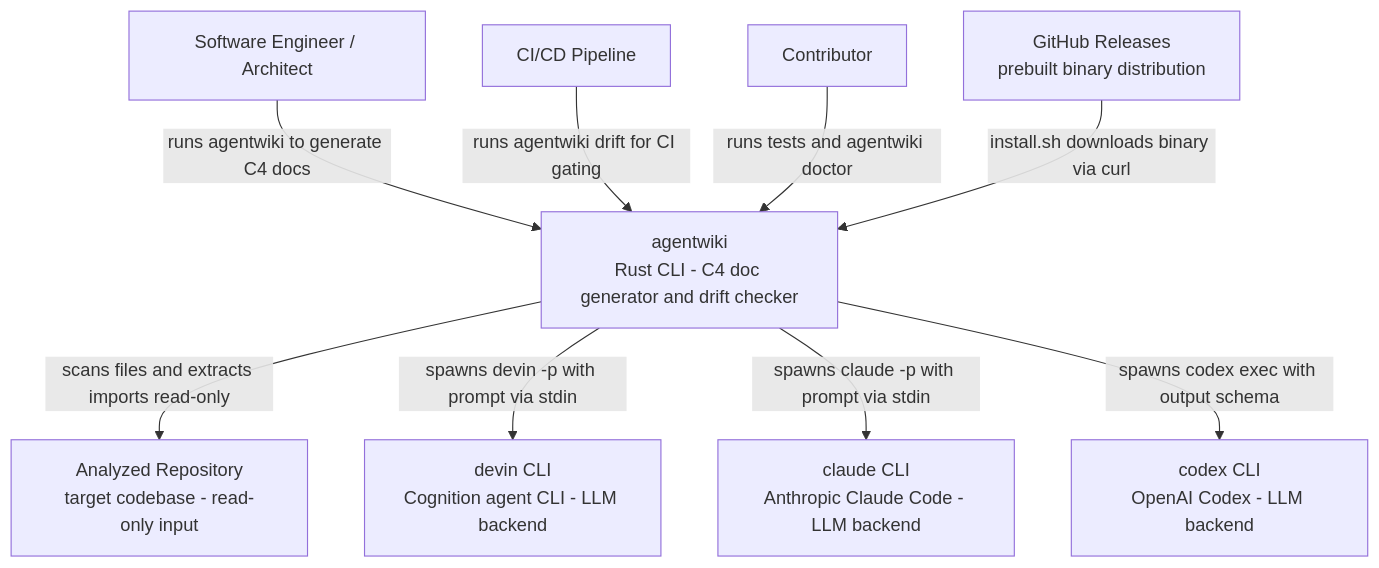
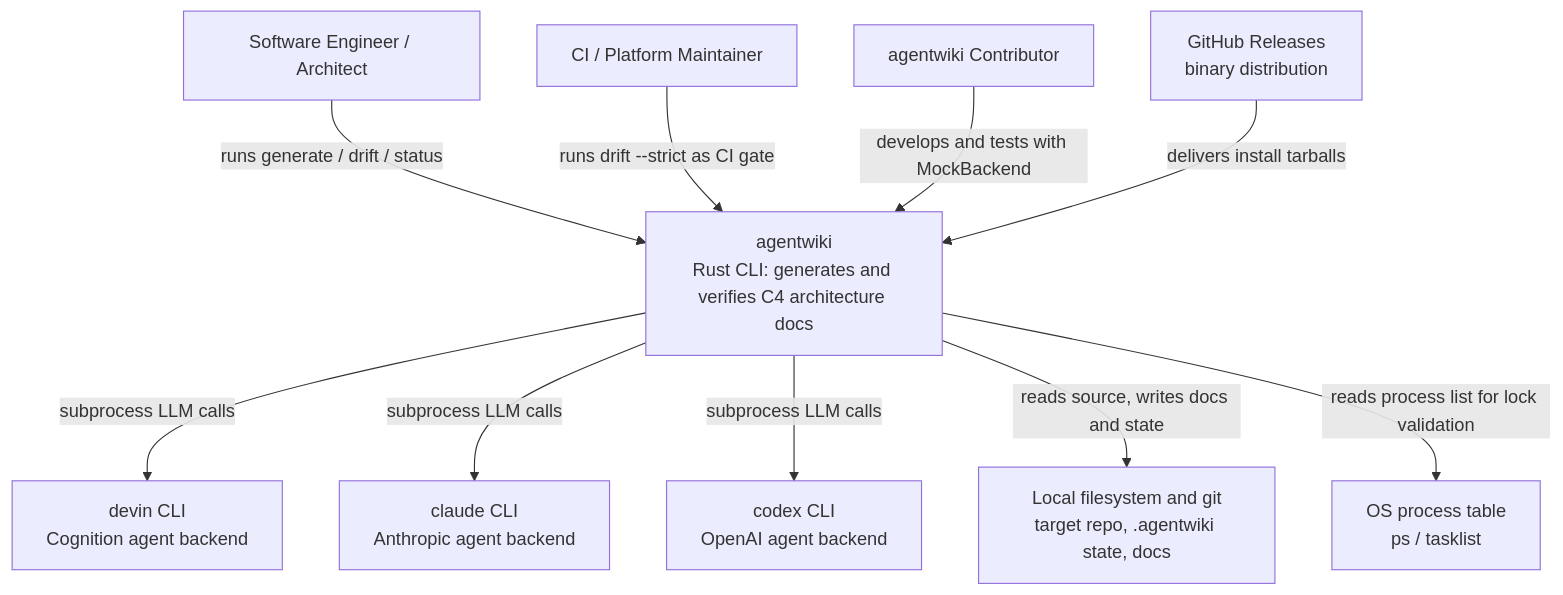
One commit to tidusvn05/agentwiki changed the diagram in docs/en/1.Overview.md. Above: the diagram before and after it, drawn with Mermaid. The commit also changed other lines of this file and 41 other files, not shown here.

````diff
--- a/docs/en/1.Overview.md
+++ b/docs/en/1.Overview.md
@@ -80,24 +88,26 @@
 ```mermaid
 graph TD
-    User_Dev["Software Engineer / Architect"]
-    User_CI["CI/CD Pipeline"]
-    User_Contrib["Contributor"]
+    Engineer["Software Engineer / Architect"]
+    Maintainer["CI / Platform Maintainer"]
+    Contributor["agentwiki Contributor"]
 
-    AgentWiki["agentwiki<br/>Rust CLI - C4 doc generator and drift checker"]
+    AgentWiki["agentwiki<br/>Rust CLI: generates and verifies C4 architecture docs"]
 
-    DevinCLI["devin CLI<br/>Cognition agent CLI - LLM backend"]
-    ClaudeCLI["claude CLI<br/>Anthropic Claude Code - LLM backend"]
-    CodexCLI["codex CLI<br/>OpenAI Codex - LLM backend"]
-    GitHubRel["GitHub Releases<br/>prebuilt binary distribution"]
-    TargetRepo["Analyzed Repository<br/>target codebase - read-only input"]
+    DevinCLI["devin CLI<br/>Cognition agent backend"]
+    ClaudeCLI["claude CLI<br/>Anthropic agent backend"]
+    CodexCLI["codex CLI<br/>OpenAI agent backend"]
+    GitHubReleases["GitHub Releases<br/>binary distribution"]
+    LocalFS["Local filesystem and git<br/>target repo, .agentwiki state, docs"]
+    ProcTable["OS process table<br/>ps / tasklist"]
 
-    User_Dev -->|"runs agentwiki to generate C4 docs"| AgentWiki
-    User_CI -->|"runs agentwiki drift for CI gating"| AgentWiki
-    User_Contrib -->|"runs tests and agentwiki doctor"| AgentWiki
+    Engineer -->|runs generate / drift / status| AgentWiki
+    Maintainer -->|runs drift --strict as CI gate| AgentWiki
+    Contributor -->|develops and tests with MockBackend| AgentWiki
 
-    AgentWiki -->|"scans files and extracts imports read-only"| TargetRepo
-    AgentWiki -->|"spawns devin -p with prompt via stdin"| DevinCLI
-    AgentWiki -->|"spawns claude -p with prompt via stdin"| ClaudeCLI
-    AgentWiki -->|"spawns codex exec with output schema"| CodexCLI
-    GitHubRel -->|"install.sh downloads binary via curl"| AgentWiki
+    AgentWiki -->|subprocess LLM calls| DevinCLI
+    AgentWiki -->|subprocess LLM calls| ClaudeCLI
+    AgentWiki -->|subprocess LLM calls| CodexCLI
+    AgentWiki -->|reads source, writes docs and state| LocalFS
+    AgentWiki -->|reads process list for lock validation| ProcTable
+    GitHubReleases -->|delivers install tarballs| AgentWiki
 ```
````
